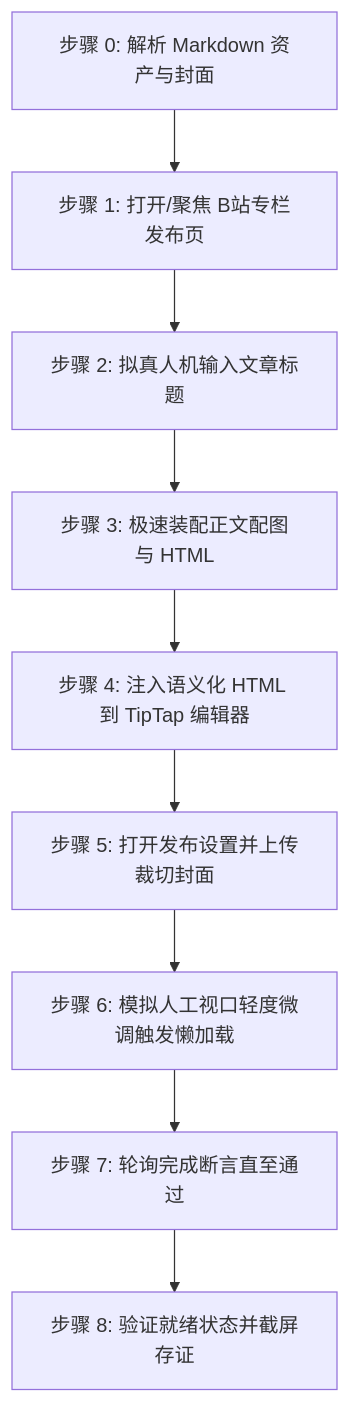
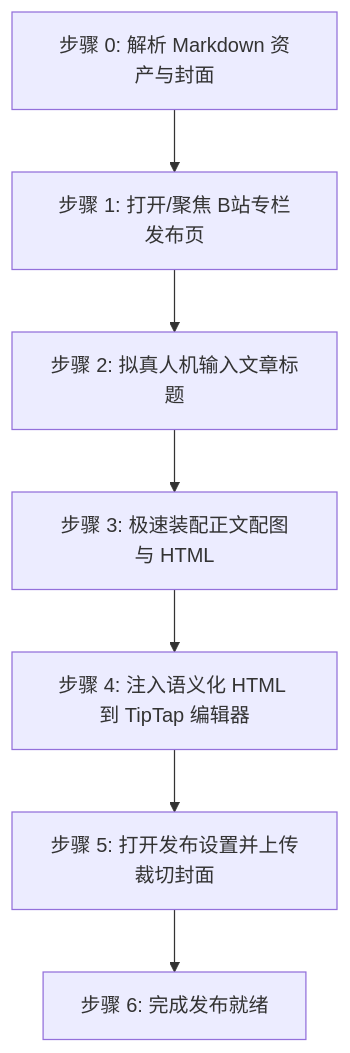
One commit to undsky/doudou-publish-skills changed the first of 2 diagrams in skills/doudou-bilibili/SKILL.md. Above: the diagram before and after it, drawn with Mermaid. The commit also changed other lines of this file and 57 other files, not shown here.

````diff
--- a/skills/doudou-bilibili/SKILL.md
+++ b/skills/doudou-bilibili/SKILL.md
@@ -136,11 +37,9 @@
 ```mermaid
 flowchart TD
     S0[步骤 0: 解析 Markdown 资产与封面] --> S1[步骤 1: 打开/聚焦 B站专栏发布页]
     S1 --> S2[步骤 2: 拟真人机输入文章标题]
     S2 --> S3[步骤 3: 极速装配正文配图与 HTML]
     S3 --> S4[步骤 4: 注入语义化 HTML 到 TipTap 编辑器]
     S4 --> S5[步骤 5: 打开发布设置并上传裁切封面]
-    S5 --> S6[步骤 6: 模拟人工视口轻度微调触发懒加载]
-    S6 --> S7[步骤 7: 轮询完成断言直至通过]
-    S7 --> S8[步骤 8: 验证就绪状态并截屏存证]
+    S5 --> S6[步骤 6: 完成发布就绪]
 ```
````
